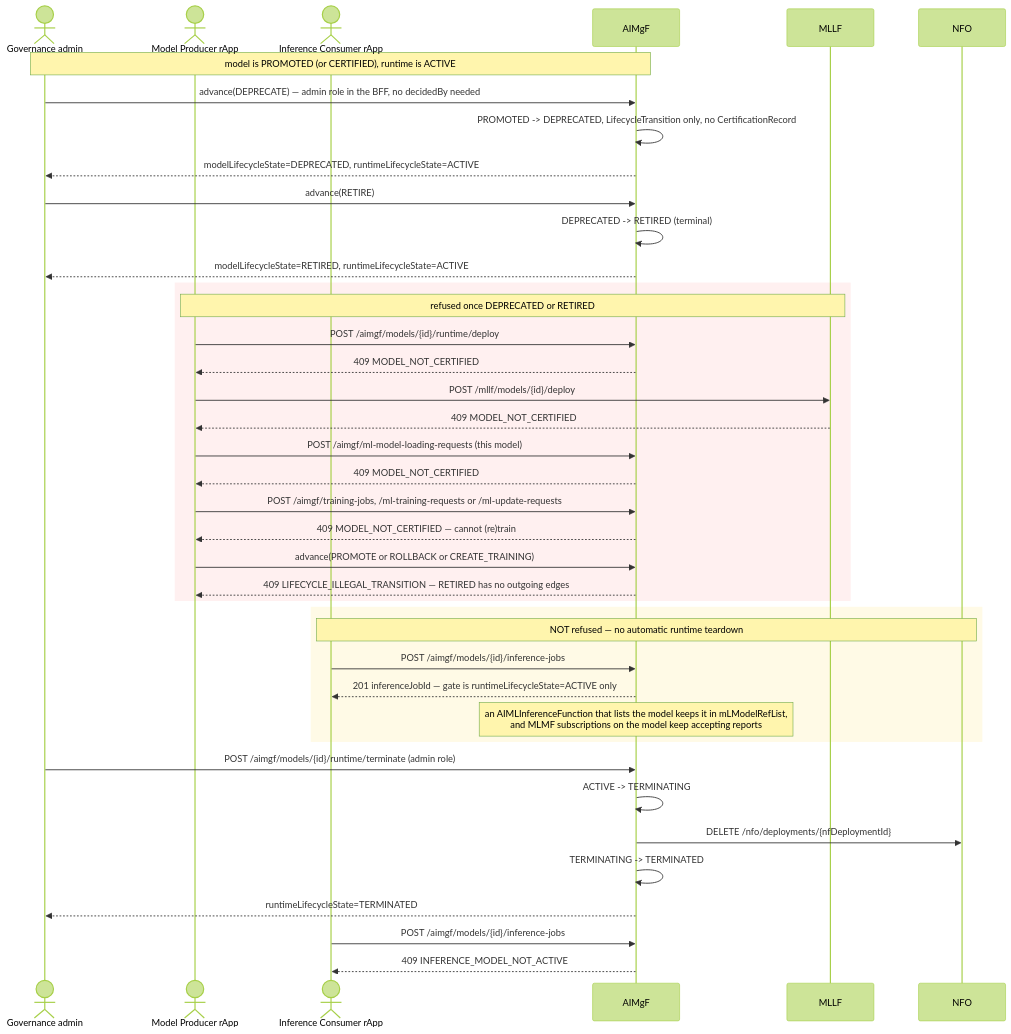
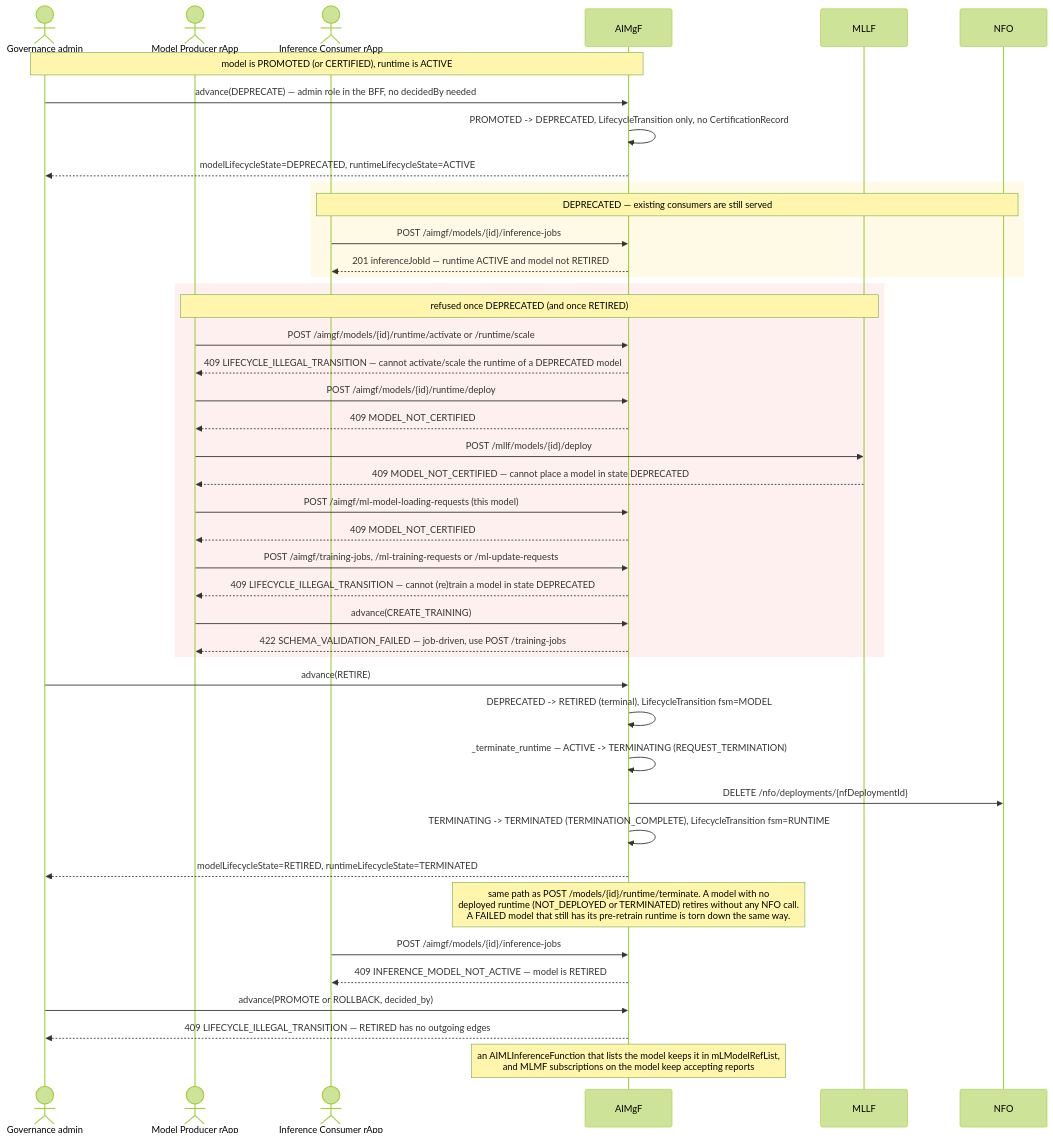
The fifth of 5 diagrams in smo/docs/call-flows/26-model-governance-and-end-of-life.md (rsys-bshankar/ai-ran-ref), drawn with Mermaid (forest theme) before and after one commit. The commit also changed other lines of this file and 46 other files, not shown here.

````diff
--- a/smo/docs/call-flows/26-model-governance-and-end-of-life.md
+++ b/smo/docs/call-flows/26-model-governance-and-end-of-life.md
@@ -218,46 +240,50 @@
 ```mermaid
 sequenceDiagram
     actor Admin as Governance admin
     actor Producer as Model Producer rApp
     actor Consumer as Inference Consumer rApp
     participant AIMgF as AIMgF
     participant MLLF as MLLF
     participant NFO as NFO
 
     Note over Admin,AIMgF: model is PROMOTED (or CERTIFIED), runtime is ACTIVE
     Admin->>AIMgF: advance(DEPRECATE) — admin role in the BFF, no decidedBy needed
     AIMgF->>AIMgF: PROMOTED -> DEPRECATED, LifecycleTransition only, no CertificationRecord
     AIMgF-->>Admin: modelLifecycleState=DEPRECATED, runtimeLifecycleState=ACTIVE
-    Admin->>AIMgF: advance(RETIRE)
-    AIMgF->>AIMgF: DEPRECATED -> RETIRED (terminal)
-    AIMgF-->>Admin: modelLifecycleState=RETIRED, runtimeLifecycleState=ACTIVE
+
+    rect rgb(255, 250, 230)
+    Note over Consumer,NFO: DEPRECATED — existing consumers are still served
+    Consumer->>AIMgF: POST /aimgf/models/{id}/inference-jobs
+    AIMgF-->>Consumer: 201 inferenceJobId — runtime ACTIVE and model not RETIRED
+    end
 
     rect rgb(255, 240, 240)
-    Note over Producer,MLLF: refused once DEPRECATED or RETIRED
+    Note over Producer,MLLF: refused once DEPRECATED (and once RETIRED)
+    Producer->>AIMgF: POST /aimgf/models/{id}/runtime/activate or /runtime/scale
+    AIMgF-->>Producer: 409 LIFECYCLE_ILLEGAL_TRANSITION — cannot activate/scale the runtime of a DEPRECATED model
     Producer->>AIMgF: POST /aimgf/models/{id}/runtime/deploy
     AIMgF-->>Producer: 409 MODEL_NOT_CERTIFIED
     Producer->>MLLF: POST /mllf/models/{id}/deploy
-    MLLF-->>Producer: 409 MODEL_NOT_CERTIFIED
+    MLLF-->>Producer: 409 MODEL_NOT_CERTIFIED — cannot place a model in state DEPRECATED
     Producer->>AIMgF: POST /aimgf/ml-model-loading-requests (this model)
     AIMgF-->>Producer: 409 MODEL_NOT_CERTIFIED
     Producer->>AIMgF: POST /aimgf/training-jobs, /ml-training-requests or /ml-update-requests
-    AIMgF-->>Producer: 409 MODEL_NOT_CERTIFIED — cannot (re)train
-    Producer->>AIMgF: advance(PROMOTE or ROLLBACK or CREATE_TRAINING)
-    AIMgF-->>Producer: 409 LIFECYCLE_ILLEGAL_TRANSITION — RETIRED has no outgoing edges
+    AIMgF-->>Producer: 409 LIFECYCLE_ILLEGAL_TRANSITION — cannot (re)train a model in state DEPRECATED
+    Producer->>AIMgF: advance(CREATE_TRAINING)
+    AIMgF-->>Producer: 422 SCHEMA_VALIDATION_FAILED — job-driven, use POST /training-jobs
     end
 
-    rect rgb(255, 250, 230)
-    Note over Consumer,NFO: NOT refused — no automatic runtime teardown
+    Admin->>AIMgF: advance(RETIRE)
+    AIMgF->>AIMgF: DEPRECATED -> RETIRED (terminal), LifecycleTransition fsm=MODEL
+    AIMgF->>AIMgF: _terminate_runtime — ACTIVE -> TERMINATING (REQUEST_TERMINATION)
+    AIMgF->>NFO: DELETE /nfo/deployments/{nfDeploymentId}
+    AIMgF->>AIMgF: TERMINATING -> TERMINATED (TERMINATION_COMPLETE), LifecycleTransition fsm=RUNTIME
+    AIMgF-->>Admin: modelLifecycleState=RETIRED, runtimeLifecycleState=TERMINATED
+    Note over AIMgF: same path as POST /models/{id}/runtime/terminate. A model with no<br/>deployed runtime (NOT_DEPLOYED or TERMINATED) retires without any NFO call.<br/>A FAILED model that still has its pre-retrain runtime is torn down the same way.
+
     Consumer->>AIMgF: POST /aimgf/models/{id}/inference-jobs
-    AIMgF-->>Consumer: 201 inferenceJobId — gate is runtimeLifecycleState=ACTIVE only
+    AIMgF-->>Consumer: 409 INFERENCE_MODEL_NOT_ACTIVE — model is RETIRED
+    Admin->>AIMgF: advance(PROMOTE or ROLLBACK, decided_by)
+    AIMgF-->>Admin: 409 LIFECYCLE_ILLEGAL_TRANSITION — RETIRED has no outgoing edges
     Note over AIMgF: an AIMLInferenceFunction that lists the model keeps it in mLModelRefList,<br/>and MLMF subscriptions on the model keep accepting reports
-    end
-
-    Admin->>AIMgF: POST /aimgf/models/{id}/runtime/terminate (admin role)
-    AIMgF->>AIMgF: ACTIVE -> TERMINATING
-    AIMgF->>NFO: DELETE /nfo/deployments/{nfDeploymentId}
-    AIMgF->>AIMgF: TERMINATING -> TERMINATED
-    AIMgF-->>Admin: runtimeLifecycleState=TERMINATED
-    Consumer->>AIMgF: POST /aimgf/models/{id}/inference-jobs
-    AIMgF-->>Consumer: 409 INFERENCE_MODEL_NOT_ACTIVE
 ```
````
